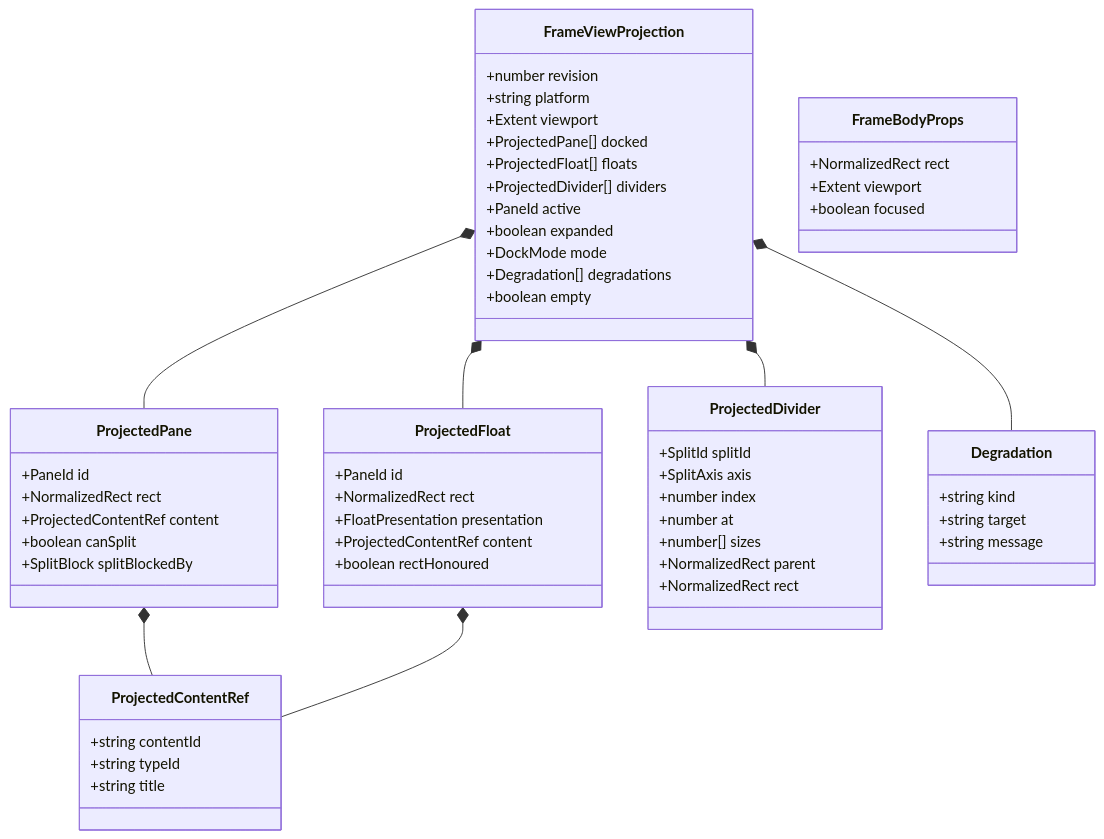
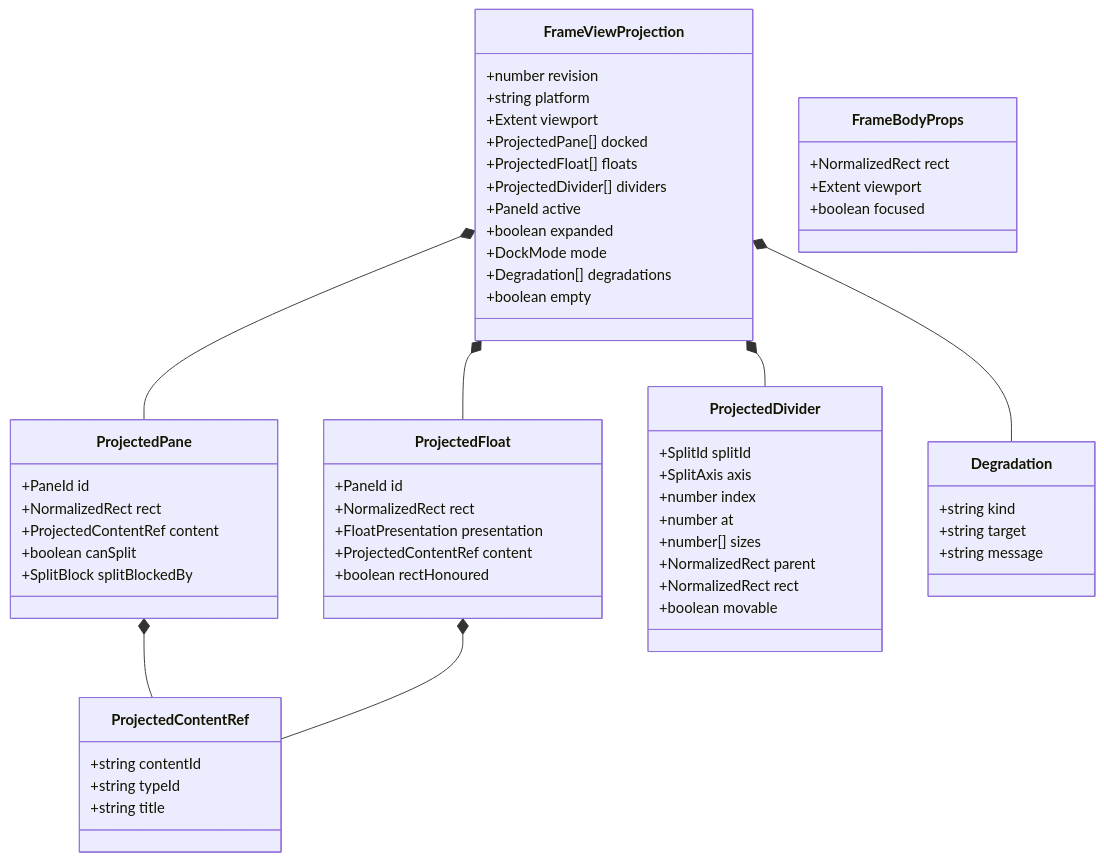
One commit to AllenSue/dsh-frame-core changed the fifth of 7 diagrams in DESIGN.md. Above: the diagram before and after it, drawn with Mermaid. The commit also changed 3 other files, not shown here.

````diff
--- a/DESIGN.md
+++ b/DESIGN.md
@@ -263,61 +263,62 @@
 ```mermaid
 classDiagram
     class FrameViewProjection {
         +number revision
         +string platform
         +Extent viewport
         +ProjectedPane[] docked
         +ProjectedFloat[] floats
         +ProjectedDivider[] dividers
         +PaneId active
         +boolean expanded
         +DockMode mode
         +Degradation[] degradations
         +boolean empty
     }
     class ProjectedPane {
         +PaneId id
         +NormalizedRect rect
         +ProjectedContentRef content
         +boolean canSplit
         +SplitBlock splitBlockedBy
     }
     class ProjectedFloat {
         +PaneId id
         +NormalizedRect rect
         +FloatPresentation presentation
         +ProjectedContentRef content
         +boolean rectHonoured
     }
     class ProjectedContentRef {
         +string contentId
         +string typeId
         +string title
     }
     class ProjectedDivider {
         +SplitId splitId
         +SplitAxis axis
         +number index
         +number at
         +number[] sizes
         +NormalizedRect parent
         +NormalizedRect rect
+        +boolean movable
     }
     class Degradation {
         +string kind
         +string target
         +string message
     }
     class FrameBodyProps {
         +NormalizedRect rect
         +Extent viewport
         +boolean focused
     }
 
     FrameViewProjection *-- ProjectedPane
     FrameViewProjection *-- ProjectedFloat
     FrameViewProjection *-- ProjectedDivider
     FrameViewProjection *-- Degradation
     ProjectedPane *-- ProjectedContentRef
     ProjectedFloat *-- ProjectedContentRef
 ```
````
